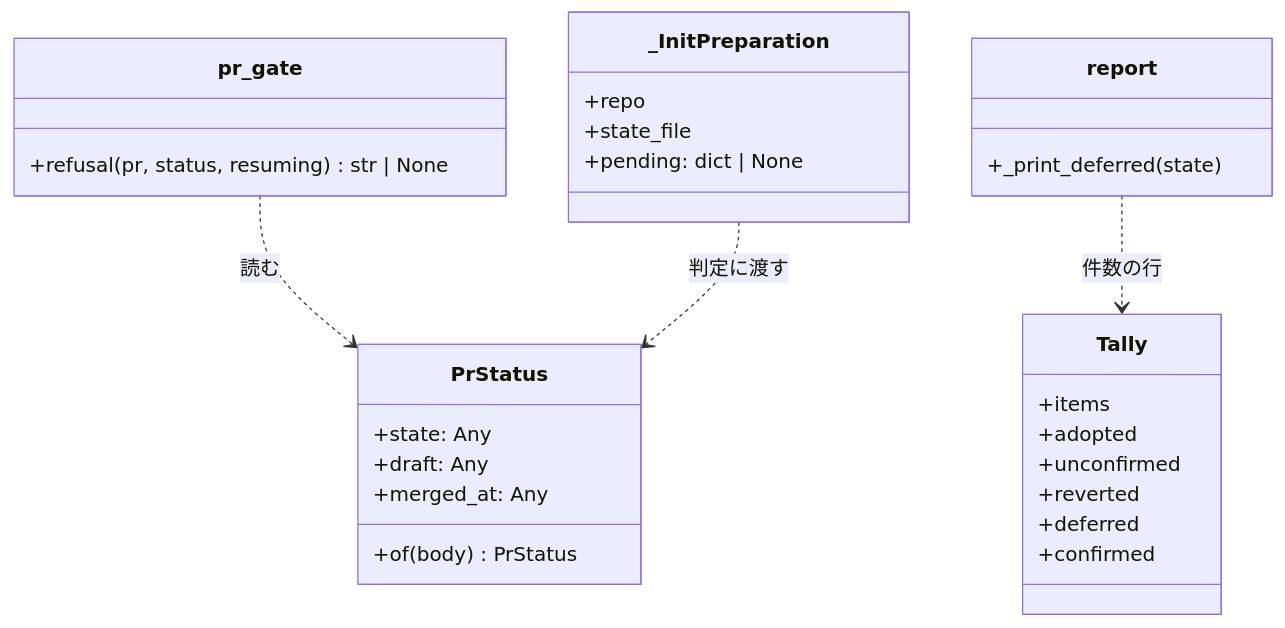
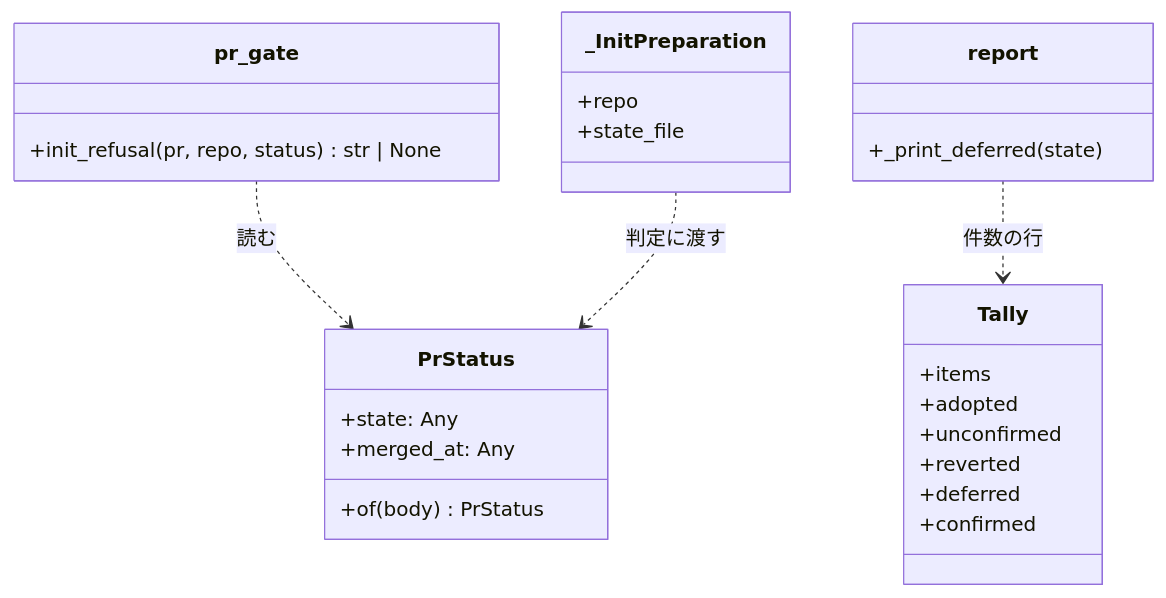
One commit to devbasex/ai-plugins changed the fourth of 6 diagrams in issues/issue-1658-design.md. Above: the diagram before and after it, drawn with Mermaid. The commit also changed other lines of this file and 8 other files, not shown here.

First line of the commit message:
Fix: cross-refactoring の init が Draft でない Pull Request で止まる判定を外す

````diff
--- a/issues/issue-1658-design.md
+++ b/issues/issue-1658-design.md
@@ -164,31 +163,29 @@
 ```mermaid
 classDiagram
     class PrStatus {
         +state: Any
-        +draft: Any
         +merged_at: Any
         +of(body) PrStatus
     }
     class pr_gate {
-        +refusal(pr, status, resuming) str | None
+        +init_refusal(pr, repo, status) str | None
     }
     class _InitPreparation {
         +repo
         +state_file
-        +pending: dict | None
     }
     class Tally {
         +items
         +adopted
         +unconfirmed
         +reverted
         +deferred
         +confirmed
     }
     class report {
         +_print_deferred(state)
     }
     pr_gate ..> PrStatus : 読む
     _InitPreparation ..> PrStatus : 判定に渡す
     report ..> Tally : 件数の行
 ```
````
